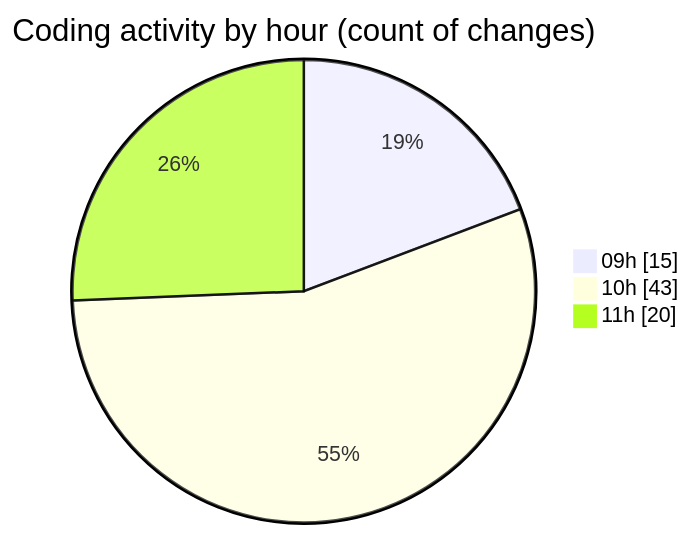
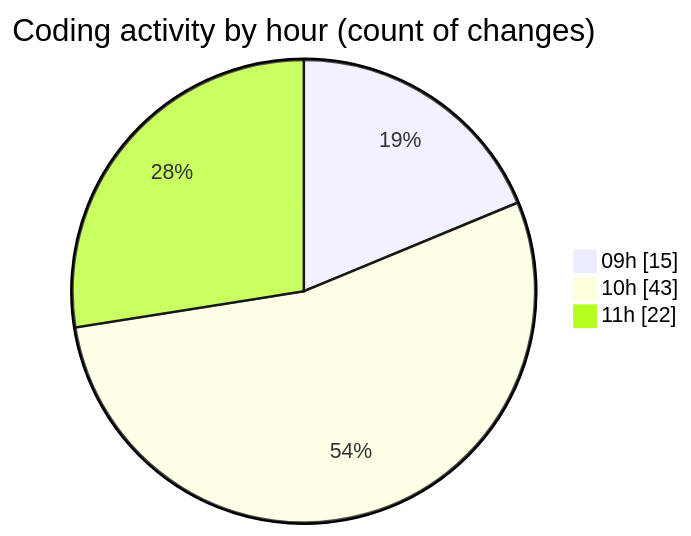
One commit to momahboobian/code-tracking changed the second of 2 diagrams in 2025-09-30/cda/README.md. Above: the diagram before and after it, drawn with Mermaid. The commit also changed other lines of this file and 1 other file, not shown here.

````diff
--- a/2025-09-30/cda/README.md
+++ b/2025-09-30/cda/README.md
@@ -29,7 +31,7 @@
 ```mermaid
 pie showData
 title Coding activity by hour (count of changes)
 "09h" : 15
 "10h" : 43
-"11h" : 20
+"11h" : 22
 ```
````
